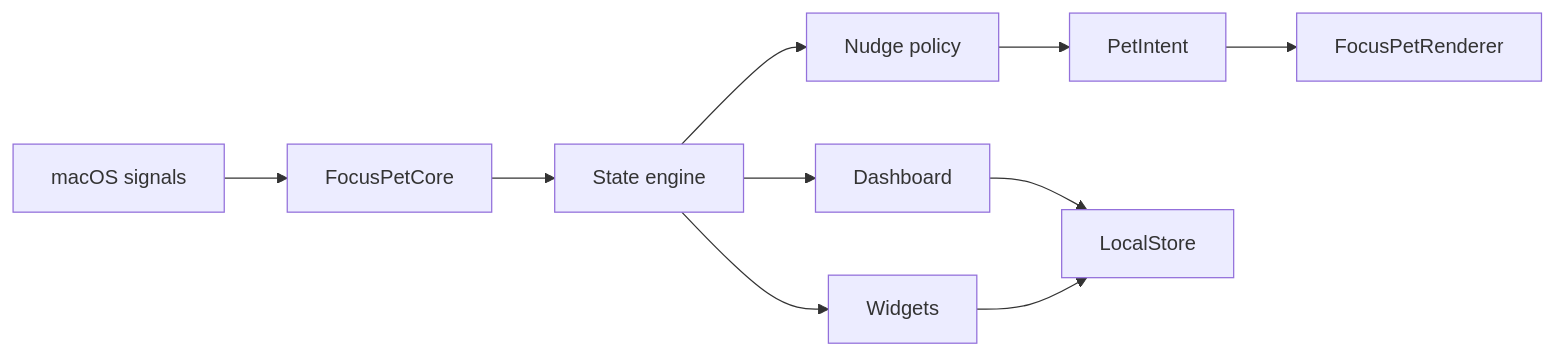
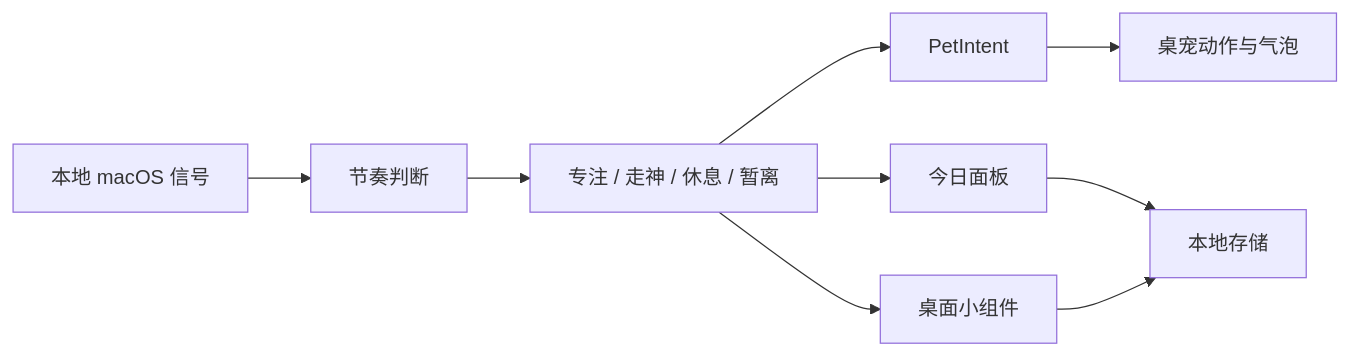
One commit to VhahahaV/focus_pet changed the diagram in README.md. Above: the diagram before and after it, drawn with Mermaid. The commit also changed other lines of this file and 1 other file, not shown here.

````diff
--- a/README.md
+++ b/README.md
@@ -113,12 +43,11 @@
 ```mermaid
 flowchart LR
-  A["macOS signals"] --> B["FocusPetCore"]
-  B --> C["State engine"]
-  C --> D["Nudge policy"]
-  D --> E["PetIntent"]
-  E --> F["FocusPetRenderer"]
-  C --> G["Dashboard"]
-  C --> H["Widgets"]
-  G --> I["LocalStore"]
-  H --> I
+  A["本地 macOS 信号"] --> B["节奏判断"]
+  B --> C["专注 / 走神 / 休息 / 暂离"]
+  C --> D["PetIntent"]
+  D --> E["桌宠动作与气泡"]
+  C --> F["今日面板"]
+  C --> G["桌面小组件"]
+  F --> H["本地存储"]
+  G --> H
 ```
````
